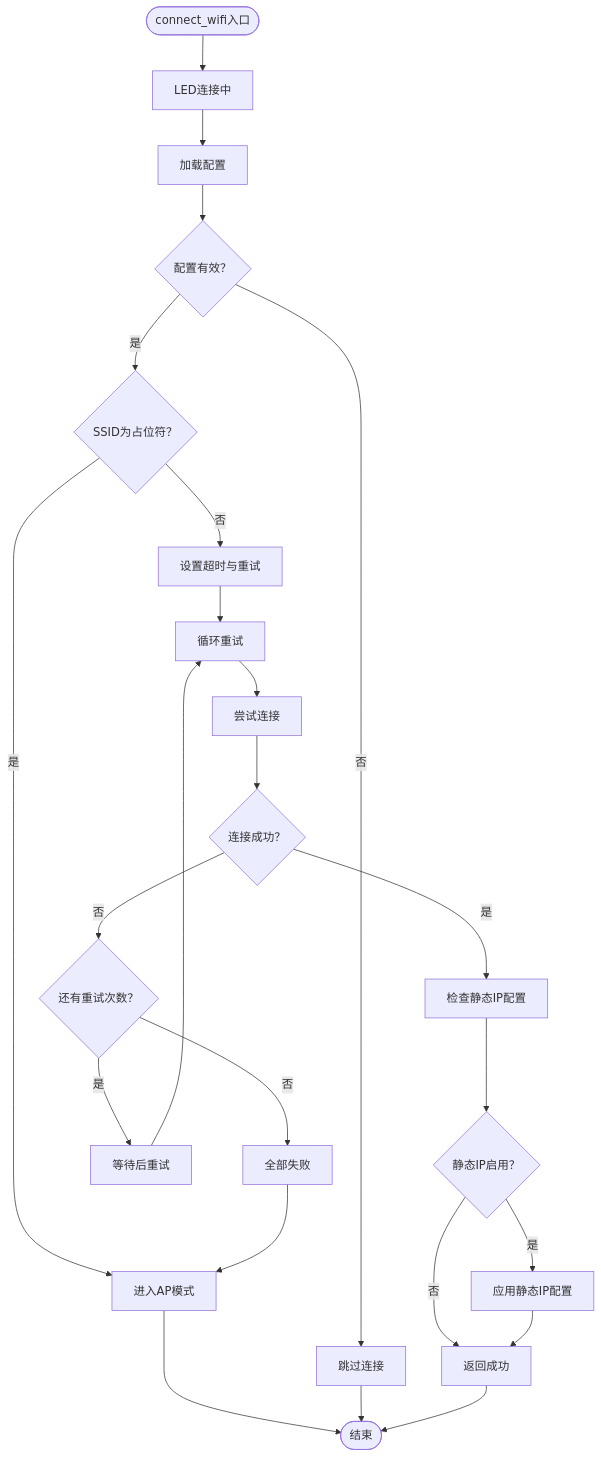
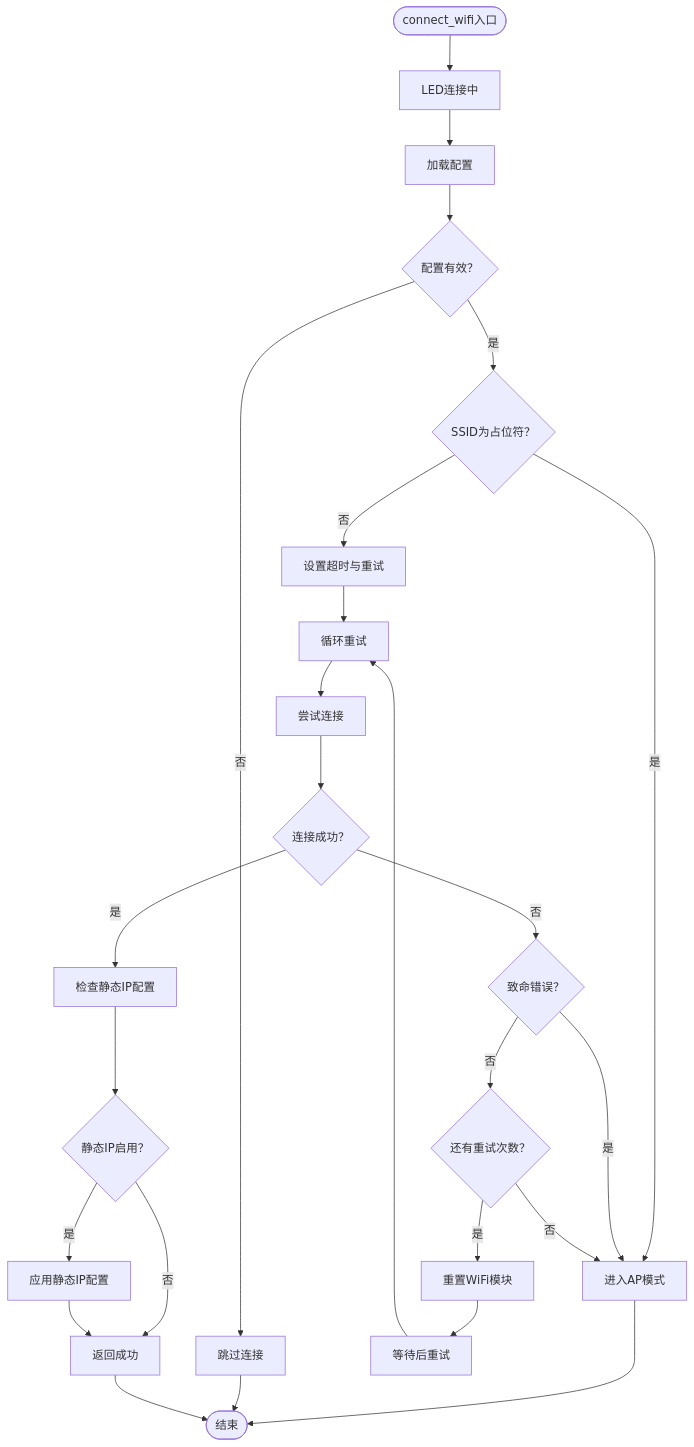
The fifth of 11 diagrams in .qoder/repowiki/zh/content/系统架构/引导系统.md (qq20739111/weilushishe-lishitai), drawn with Mermaid before and after one commit. The commit also changed other lines of this file and 23 other files, not shown here.

````diff
--- a/.qoder/repowiki/zh/content/系统架构/引导系统.md
+++ b/.qoder/repowiki/zh/content/系统架构/引导系统.md
@@ -171,26 +229,28 @@
 ```mermaid
 flowchart TD
 Enter(["connect_wifi入口"]) --> LedConn["LED连接中"]
 LedConn --> LoadCfg["加载配置"]
 LoadCfg --> CfgOK{"配置有效？"}
 CfgOK --> |否| Skip["跳过连接"]
 CfgOK --> |是| SSIDCheck{"SSID为占位符？"}
 SSIDCheck --> |是| APMode["进入AP模式"]
 SSIDCheck --> |否| SetParams["设置超时与重试"]
 SetParams --> Loop["循环重试"]
 Loop --> TryConn["尝试连接"]
 TryConn --> TryOK{"连接成功？"}
 TryOK --> |是| StaticIPCheck["检查静态IP配置"]
 StaticIPCheck --> StaticIPEnabled{"静态IP启用？"}
 StaticIPEnabled --> |是| ApplyStaticIP["应用静态IP配置"]
 StaticIPEnabled --> |否| Done["返回成功"]
 ApplyStaticIP --> Done
-TryOK --> |否| More{"还有重试次数？"}
-More --> |是| Wait["等待后重试"]
+TryOK --> |否| CheckFatal{"致命错误？"}
+CheckFatal --> |是| APMode
+CheckFatal --> |否| More{"还有重试次数？"}
+More --> |是| ResetWiFi["重置WiFi模块"]
+ResetWiFi --> Wait["等待后重试"]
 Wait --> Loop
-More --> |否| Fail["全部失败"]
-Fail --> APMode
+More --> |否| APMode
 APMode --> Exit(["结束"])
 Skip --> Exit
 Done --> Exit
 ```
````
